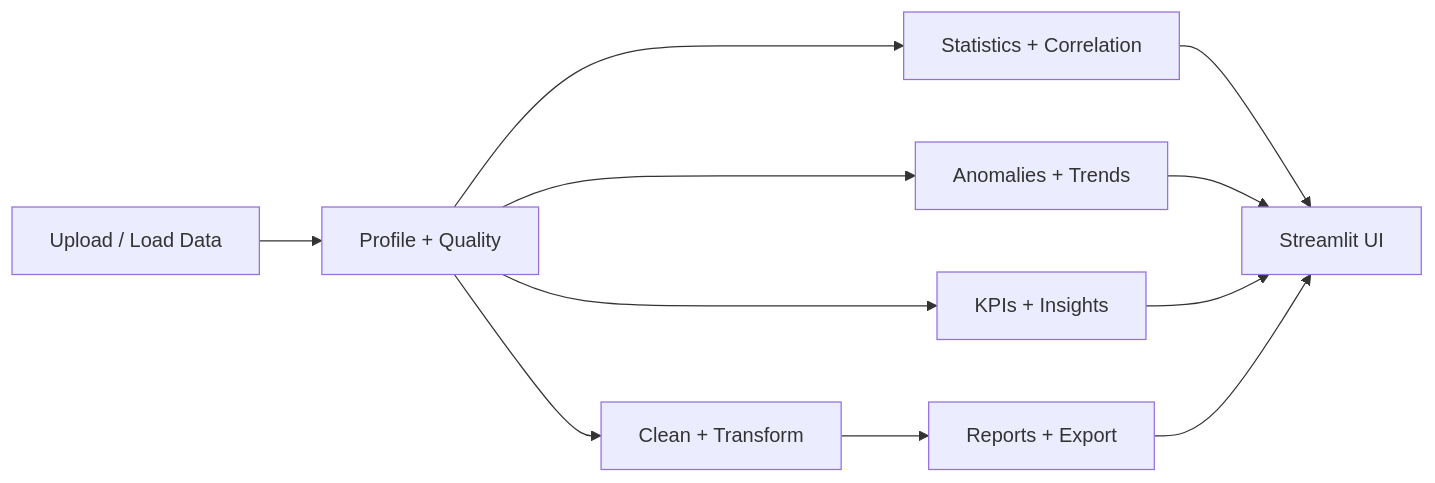
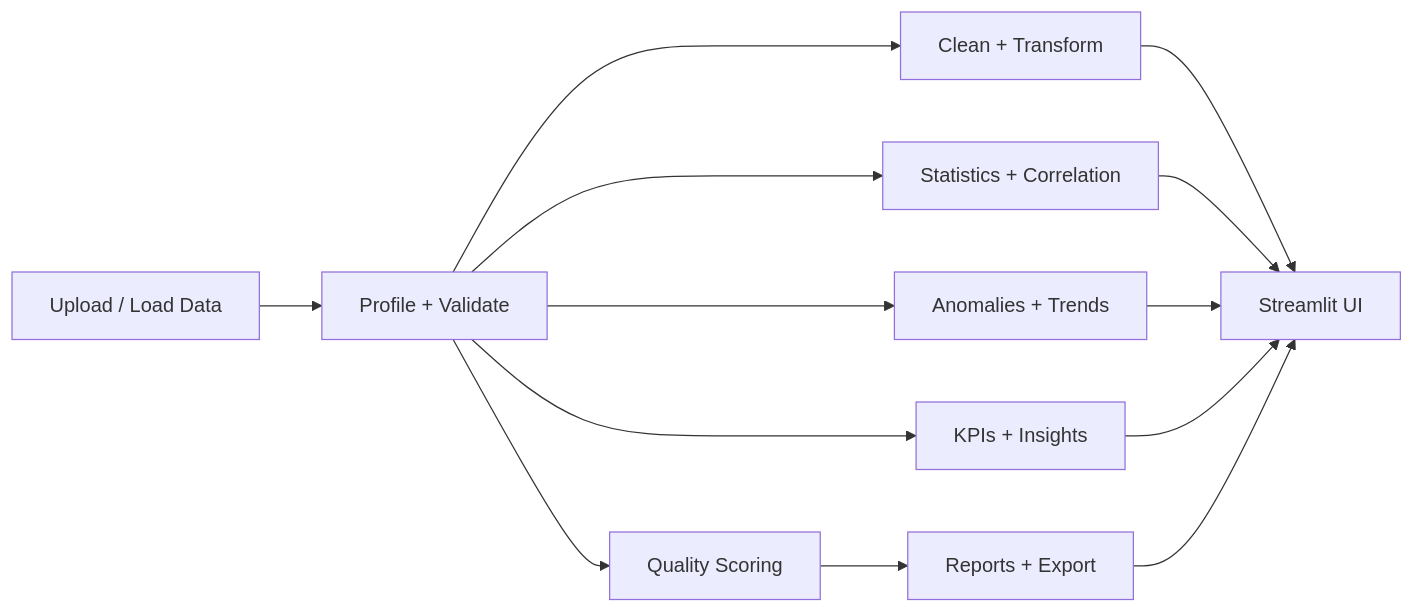
Before and after one commit to usmankhan-pro/datalens-ai: the diagram in README.md, drawn with Mermaid. The commit also changed other lines of this file and 1 other file, not shown here.

````diff
--- a/README.md
+++ b/README.md
@@ -72,13 +87,15 @@
 ```mermaid
 flowchart LR
-    A[Upload / Load Data] --> B[Profile + Quality]
-    B --> C[Clean + Transform]
-    B --> D[Statistics + Correlation]
-    B --> E[Anomalies + Trends]
-    B --> F[KPIs + Insights]
-    C --> G[Reports + Export]
-    D --> H[Streamlit UI]
-    E --> H
-    F --> H
-    G --> H
+    A[Upload / Load Data] --> B[Profile + Validate]
+    B --> C[Quality Scoring]
+    B --> D[Clean + Transform]
+    B --> E[Statistics + Correlation]
+    B --> F[Anomalies + Trends]
+    B --> G[KPIs + Insights]
+    C --> H[Reports + Export]
+    D --> I[Streamlit UI]
+    E --> I
+    F --> I
+    G --> I
+    H --> I
 ```
````
